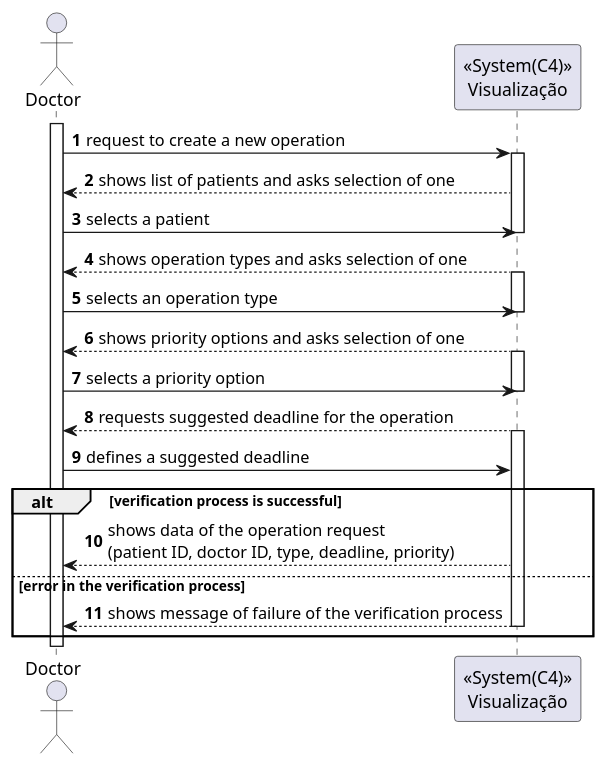
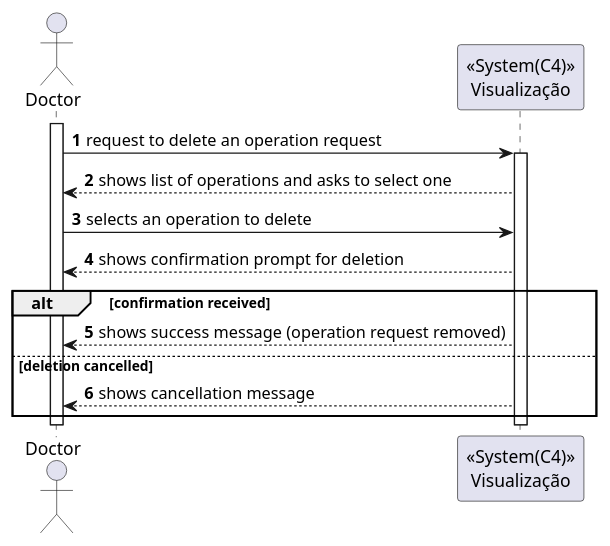
Before and after one commit to Saquinho74/LAPR5: the diagram in Docs/SprintA/US18/level1/process_view.puml, drawn with PlantUML.

Commit message:
#18 Process view level 1 updated

```diff
--- a/Docs/SprintA/US18/level1/process_view.puml
+++ b/Docs/SprintA/US18/level1/process_view.puml
@@ -1,60 +1,28 @@
 @startuml
 'https://plantuml.com/sequence-diagram
 
 autonumber
 actor Doctor as doc
 participant "<<System(C4)>>\nVisualização" as sys
 
 activate doc
 
-doc -> sys: request to create a new operation
+doc -> sys: request to delete an operation request
 
 activate sys
 
-sys --> doc: shows list of patients and asks selection of one
-doc -> sys: selects a patient
+sys --> doc: shows list of operations and asks to select one
+doc -> sys: selects an operation to delete
+
+sys --> doc: shows confirmation prompt for deletion
+
+alt confirmation received
+    sys --> doc: shows success message (operation request removed)
+else deletion cancelled
+    sys --> doc: shows cancellation message
+end
 
 deactivate sys
-
-sys --> doc: shows operation types and asks selection of one
-
-activate sys
-
-
-doc -> sys: selects an operation type
-deactivate sys
-
-
-sys --> doc: shows priority options and asks selection of one
-activate sys
-
-doc -> sys: selects a priority option
-
-deactivate sys
-
-
-sys --> doc: requests suggested deadline for the operation
-activate sys
-
-doc -> sys: defines a suggested deadline
-
-
-
-
-
-
-
-alt verification process is successful
-
-  sys --> doc: shows data of the operation request \n(patient ID, doctor ID, type, deadline, priority)
-
-
-else error in the verification process
-
-  sys --> doc: shows message of failure of the verification process
-
-  deactivate sys
-
-end
+deactivate doc
 
 @enduml
```
